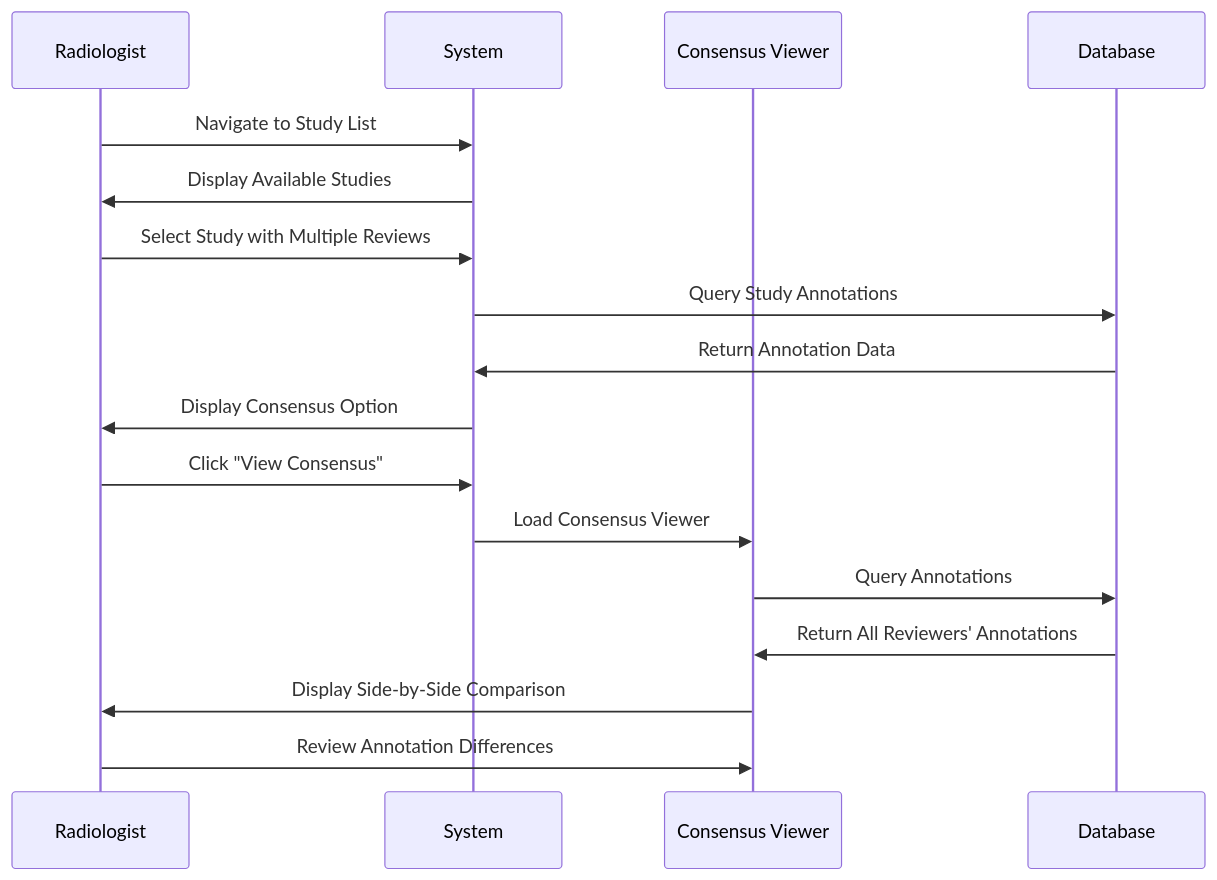
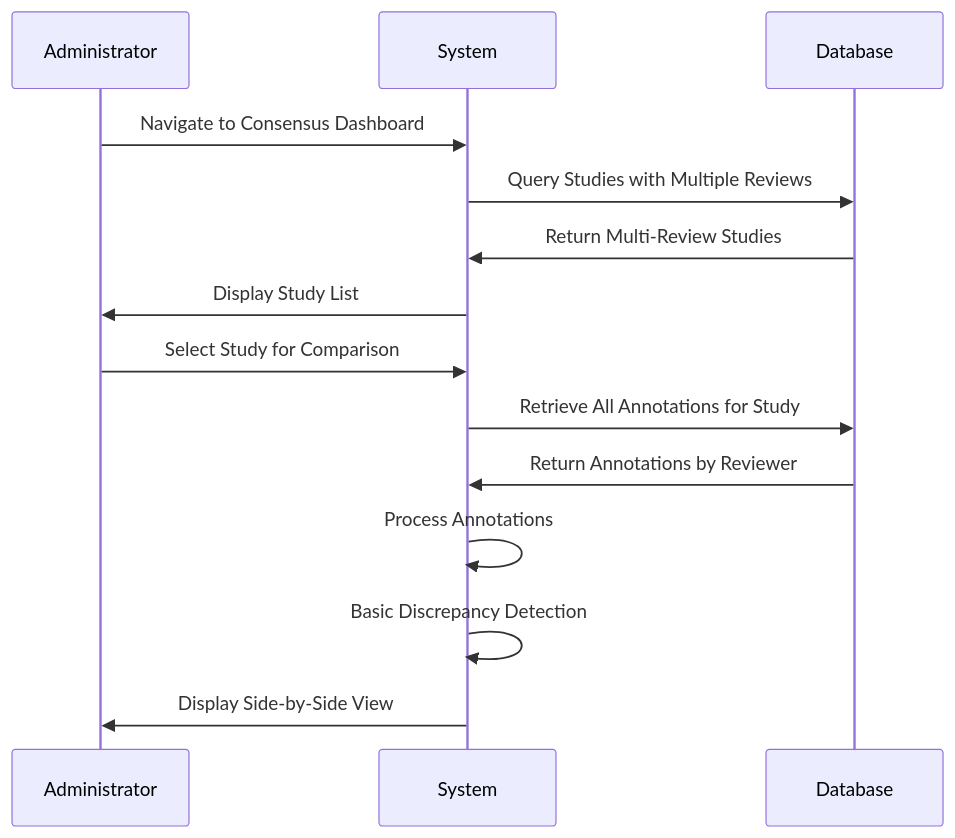
Before and after one commit to mgadaphy/dicom-research: the seventh of 8 diagrams in docs/user_workflows.md, drawn with Mermaid. The commit also changed other lines of this file and 3 other files, not shown here.

````diff
--- a/docs/user_workflows.md
+++ b/docs/user_workflows.md
@@ -182,20 +197,17 @@
 ```mermaid
 sequenceDiagram
-    participant R as Radiologist
+    participant A as Administrator
     participant S as System
-    participant V as Consensus Viewer
     participant DB as Database
     
-    R->>S: Navigate to Study List
-    S->>R: Display Available Studies
-    R->>S: Select Study with Multiple Reviews
-    S->>DB: Query Study Annotations
-    DB->>S: Return Annotation Data
-    S->>R: Display Consensus Option
-    R->>S: Click "View Consensus"
-    S->>V: Load Consensus Viewer
-    V->>DB: Query Annotations
-    DB->>V: Return All Reviewers' Annotations
-    V->>R: Display Side-by-Side Comparison
-    R->>V: Review Annotation Differences
+    A->>S: Navigate to Consensus Dashboard
+    S->>DB: Query Studies with Multiple Reviews
+    DB->>S: Return Multi-Review Studies
+    S->>A: Display Study List
+    A->>S: Select Study for Comparison
+    S->>DB: Retrieve All Annotations for Study
+    DB->>S: Return Annotations by Reviewer
+    S->>S: Process Annotations
+    S->>S: Basic Discrepancy Detection
+    S->>A: Display Side-by-Side View
 ```
````
